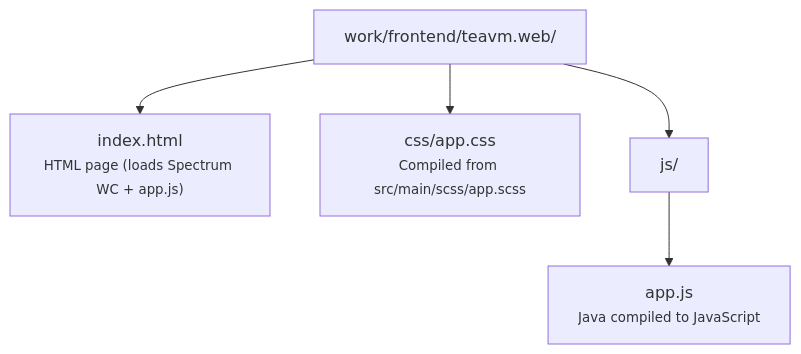
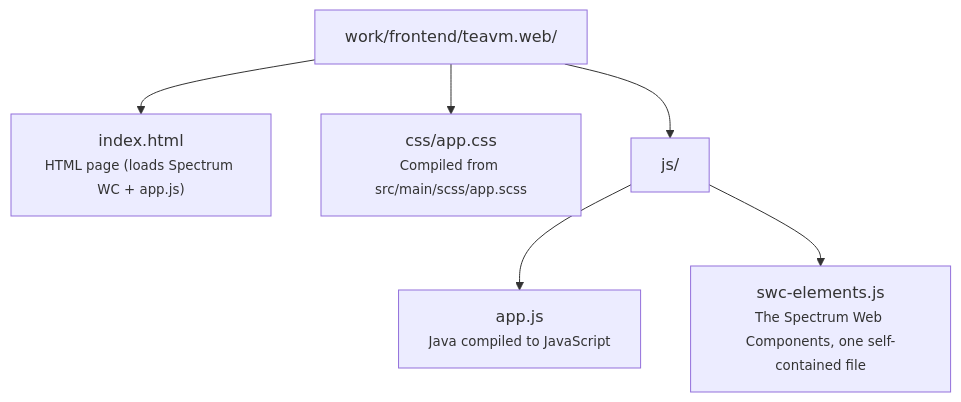
The second of 3 diagrams in fontes/br.com.wdc.store/br.com.wdc.store.view.teavm/teavm.web/README.md (mrcdom/wdc-cube-java-v2), drawn with Mermaid before and after one commit. The commit also changed other lines of this file and 10 other files, not shown here.

First line of the commit message:
🐛 [BUGFIX] teavm.web builds its Spectrum Web Components bundle: a fresh clone, the image and the CI get it

````diff
--- a/fontes/br.com.wdc.store/br.com.wdc.store.view.teavm/teavm.web/README.md
+++ b/fontes/br.com.wdc.store/br.com.wdc.store.view.teavm/teavm.web/README.md
@@ -111,13 +113,15 @@
 ```mermaid
 graph TD
     root["work/frontend/teavm.web/"]
     indexHtml["index.html<br/><small>HTML page (loads Spectrum WC + app.js)</small>"]
     css["css/app.css<br/><small>Compiled from src/main/scss/app.scss</small>"]
     js["js/"]
     appJs["app.js<br/><small>Java compiled to JavaScript</small>"]
+    swcJs["swc-elements.js<br/><small>The Spectrum Web Components, one self-contained file</small>"]
 
     root --> indexHtml
     root --> css
     root --> js
     js --> appJs
+    js --> swcJs
 ```
````
